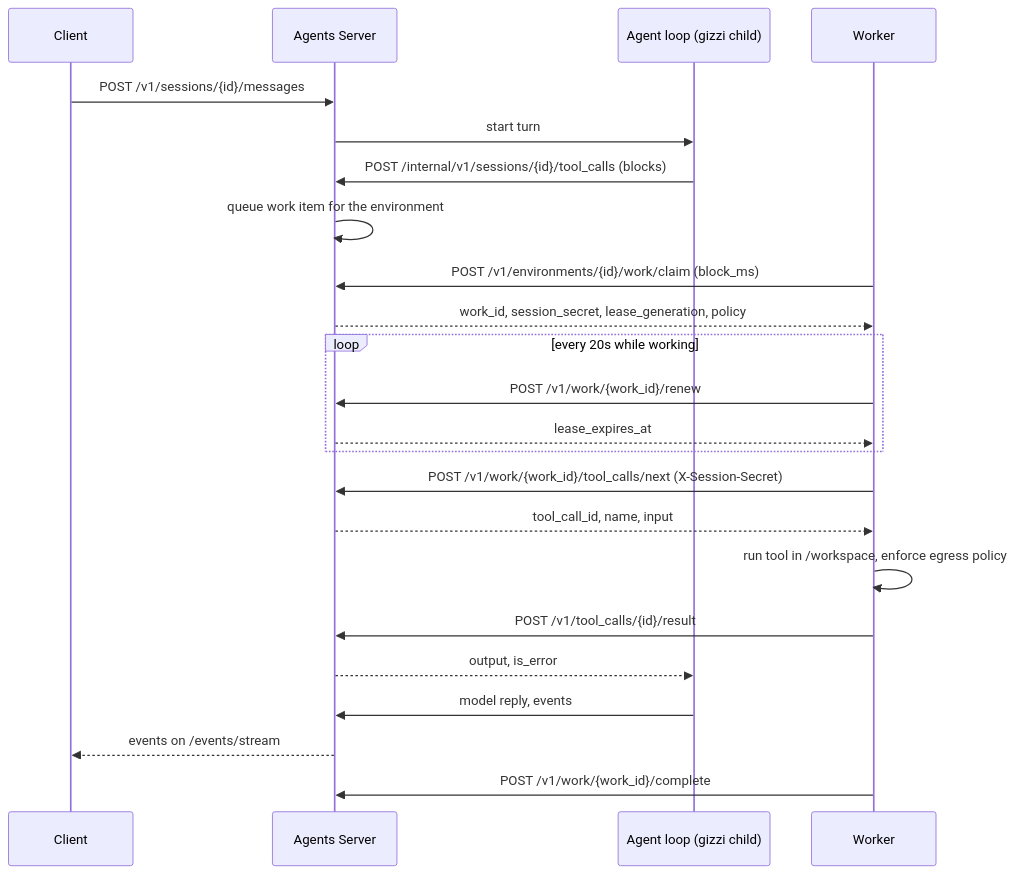
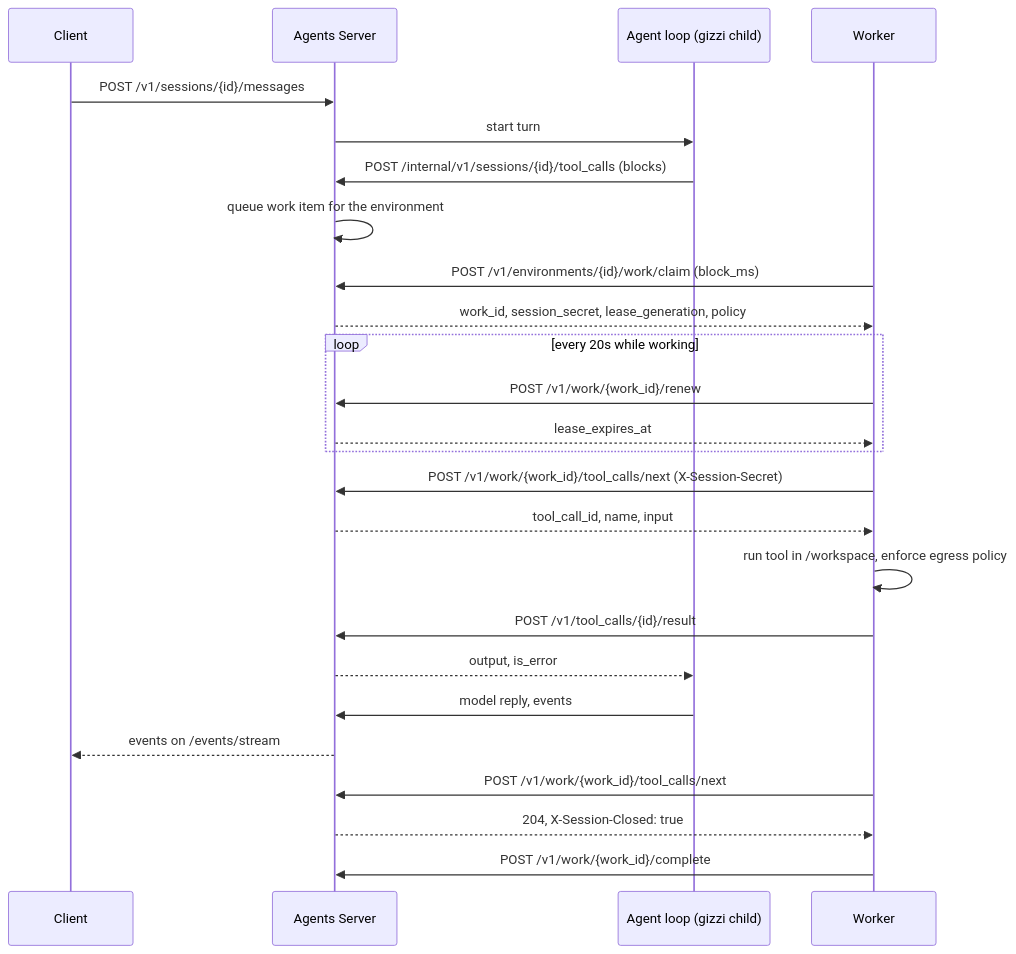
Before and after one commit to Allternit/allternit-platform: the diagram in docs/SELFHOST_WORKER_PROTOCOL.md, drawn with Mermaid. The commit also changed other lines of this file and 46 other files, not shown here.

````diff
--- a/docs/SELFHOST_WORKER_PROTOCOL.md
+++ b/docs/SELFHOST_WORKER_PROTOCOL.md
@@ -90,26 +129,28 @@
 ```mermaid
 sequenceDiagram
     participant U as Client
     participant S as Agents Server
     participant L as Agent loop (gizzi child)
     participant W as Worker
 
     U->>S: POST /v1/sessions/{id}/messages
     S->>L: start turn
     L->>S: POST /internal/v1/sessions/{id}/tool_calls (blocks)
     S->>S: queue work item for the environment
     W->>S: POST /v1/environments/{id}/work/claim (block_ms)
     S-->>W: work_id, session_secret, lease_generation, policy
     loop every 20s while working
         W->>S: POST /v1/work/{work_id}/renew
         S-->>W: lease_expires_at
     end
     W->>S: POST /v1/work/{work_id}/tool_calls/next (X-Session-Secret)
     S-->>W: tool_call_id, name, input
     W->>W: run tool in /workspace, enforce egress policy
     W->>S: POST /v1/tool_calls/{id}/result
     S-->>L: output, is_error
     L->>S: model reply, events
     S-->>U: events on /events/stream
+    W->>S: POST /v1/work/{work_id}/tool_calls/next
+    S-->>W: 204, X-Session-Closed: true
     W->>S: POST /v1/work/{work_id}/complete
 ```
````
